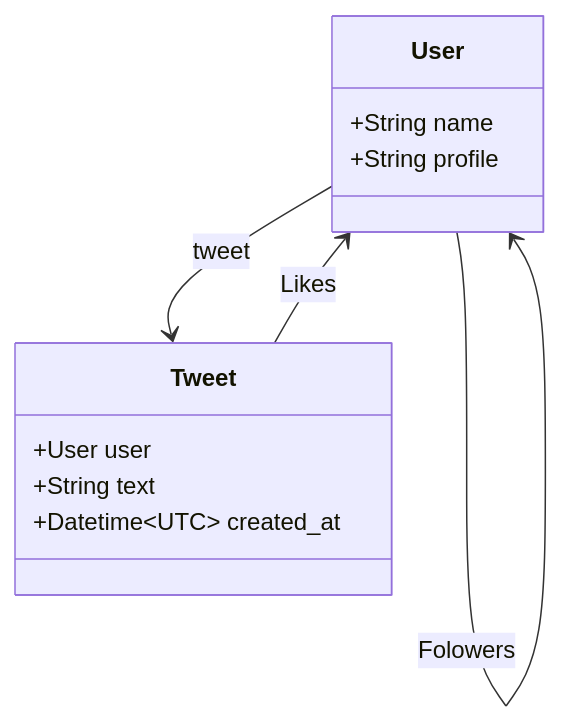
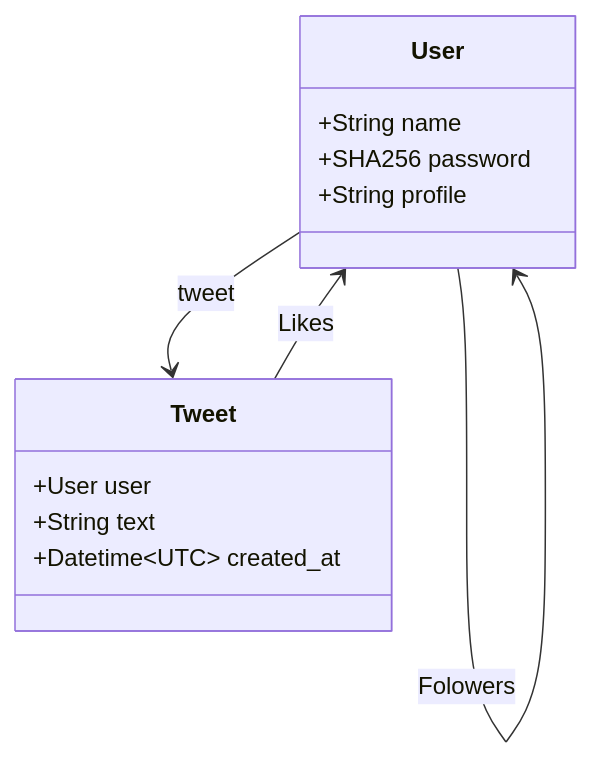
Before and after one commit to uminus/twitter-clone: the diagram in README.md, drawn with Mermaid. The commit also changed other lines of this file and 9 other files, not shown here.

````diff
--- a/README.md
+++ b/README.md
@@ -26,16 +26,17 @@
 ```mermaid
 classDiagram
   class User {
     +String name
+    +SHA256 password
     +String profile
   }
   class Tweet {
     +User user
     +String text
     +Datetime~UTC~ created_at
   }
 
   User --> Tweet: tweet
   Tweet --> User: Likes
   User --> User: Folowers
 ```
````
